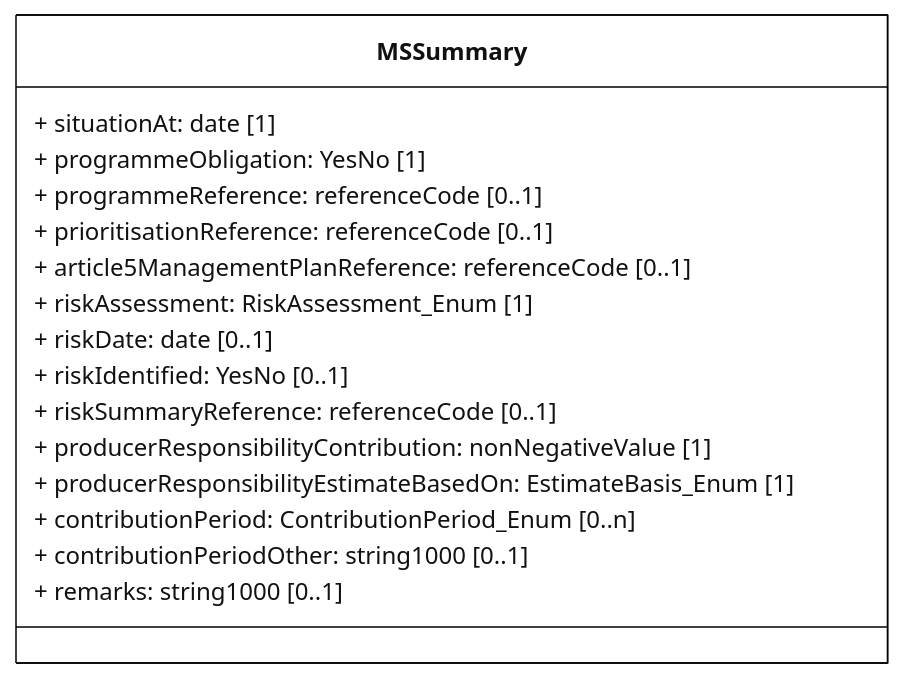
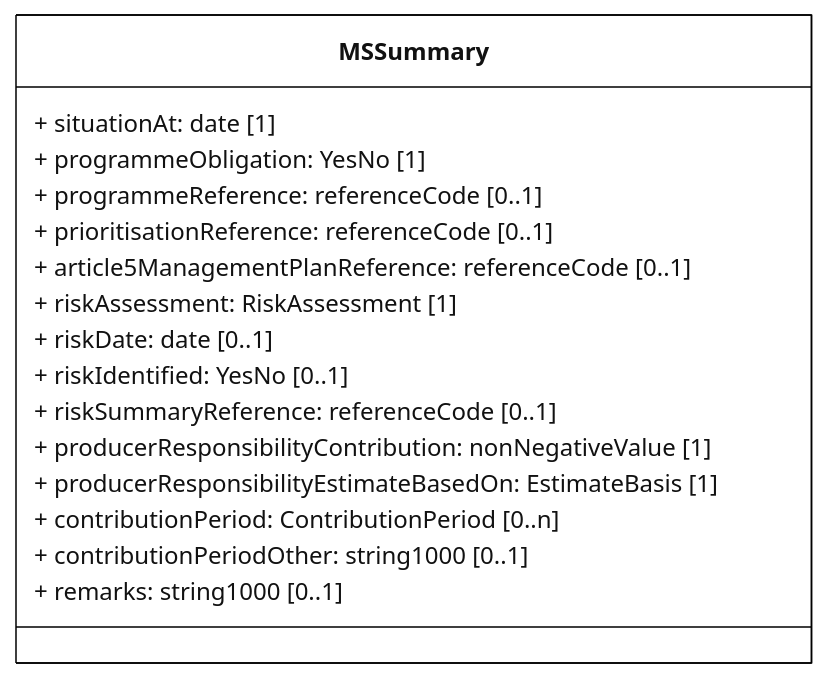
The diagram in docs/rUWWTD2024/Article23/mmd/Article23_MSSummary_ClassDiagram.mmd (eeadata/WISE.UWWTD.Documentation), drawn with Mermaid before and after one commit. The commit also changed 13 other files, not shown here.

```diff
--- a/docs/rUWWTD2024/Article23/mmd/Article23_MSSummary_ClassDiagram.mmd
+++ b/docs/rUWWTD2024/Article23/mmd/Article23_MSSummary_ClassDiagram.mmd
@@ -1,31 +1,31 @@
 ---
 config:
   class:
     hideEmptyMembersBox: true
   layout: dagre
   theme: neutral
 ---
 classDiagram
 direction LR
 
 class MSSummary{
     + situationAt: date [1]
     + programmeObligation: YesNo [1]
     + programmeReference: referenceCode [0..1]
     + prioritisationReference: referenceCode [0..1]
     + article5ManagementPlanReference: referenceCode [0..1]
 
-    + riskAssessment: RiskAssessment_Enum [1]
+    + riskAssessment: RiskAssessment [1]
     + riskDate: date [0..1]
     + riskIdentified: YesNo [0..1]
     + riskSummaryReference: referenceCode [0..1]
 
     + producerResponsibilityContribution: nonNegativeValue [1]
-    + producerResponsibilityEstimateBasedOn: EstimateBasis_Enum [1]
-    + contributionPeriod: ContributionPeriod_Enum [0..n]
+    + producerResponsibilityEstimateBasedOn: EstimateBasis [1]
+    + contributionPeriod: ContributionPeriod [0..n]
     + contributionPeriodOther: string1000 [0..1]
     + remarks: string1000 [0..1]
 }
 
 classDef default fill:white,stroke:#000;
 classDef forFixing fill:white,stroke:#f00;
```
